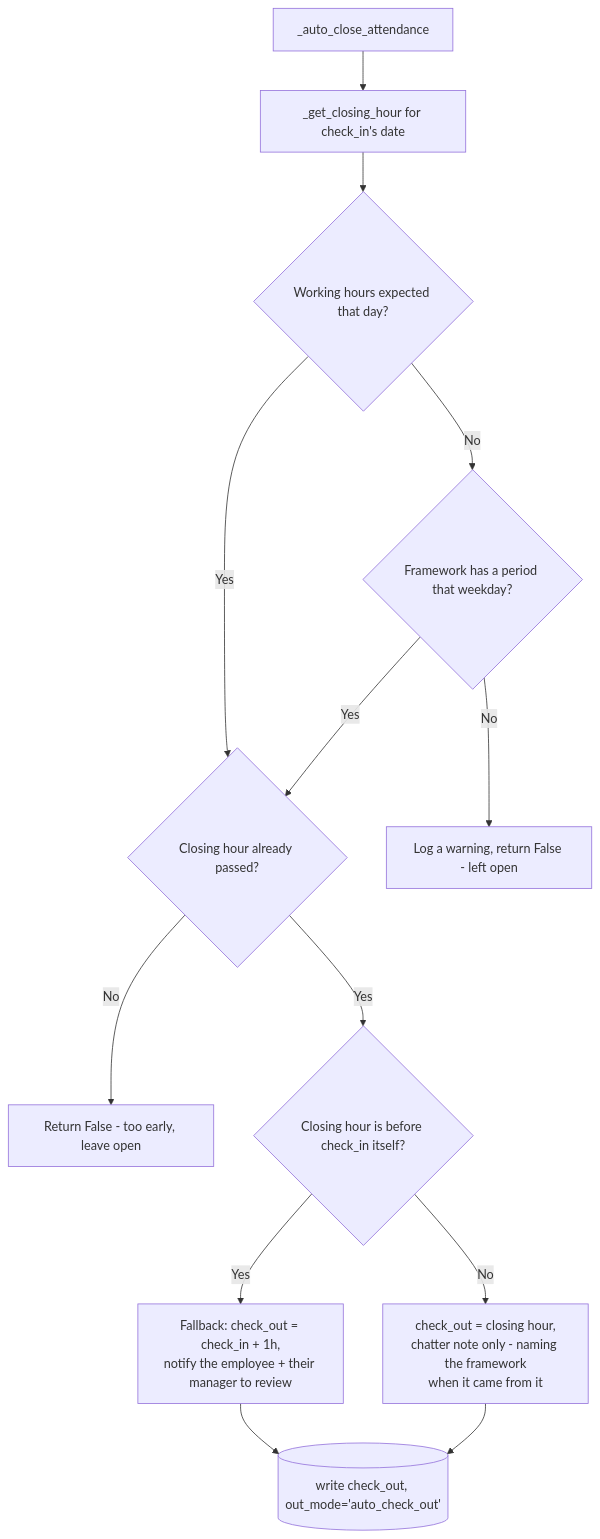
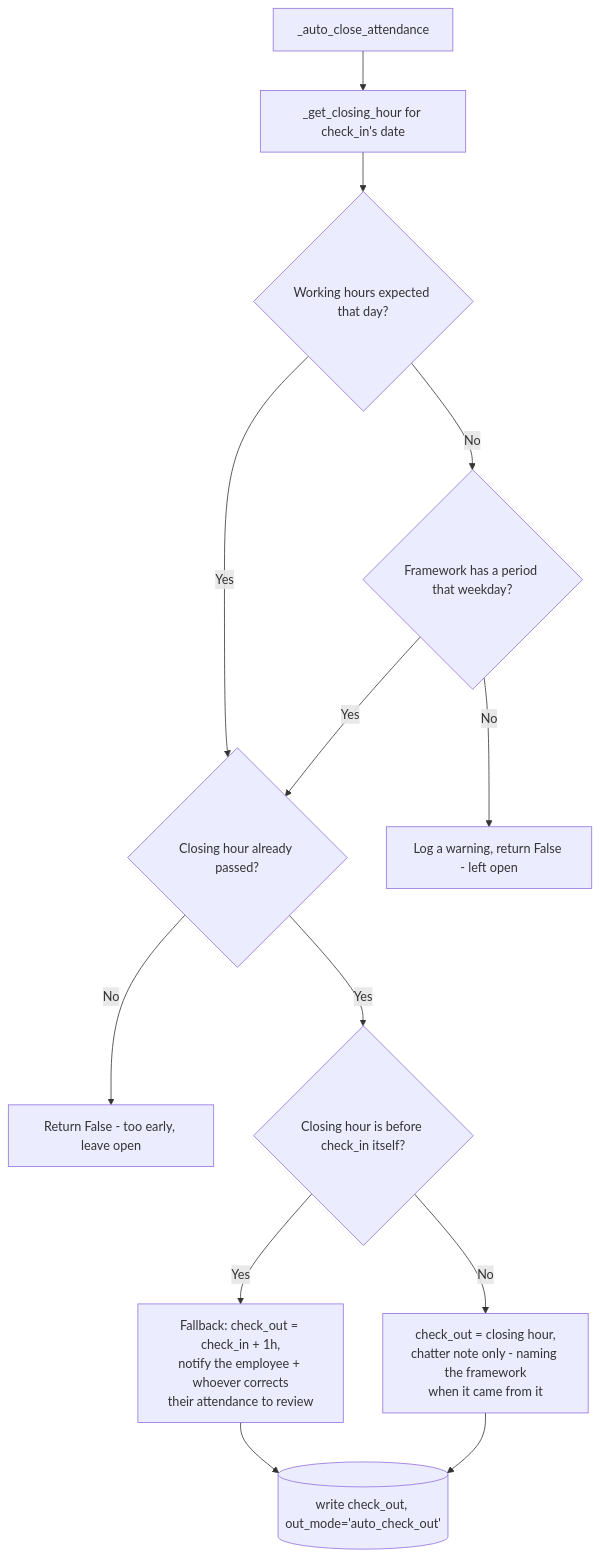
Before and after one commit to ElPuig/EMS: the third of 3 diagrams in docs/en/developers/employees/attendance_autocheckout.md, drawn with Mermaid. The commit also changed other lines of this file and 6 other files, not shown here.

First line of the commit message:
Auto check-out fallback notice: only who can correct the attendance (#648)

````diff
--- a/docs/en/developers/employees/attendance_autocheckout.md
+++ b/docs/en/developers/employees/attendance_autocheckout.md
@@ -61,15 +61,15 @@
 ```mermaid
 flowchart TD
     A[_auto_close_attendance] --> B[_get_closing_hour for check_in's date]
     B --> C{Working hours expected that day?}
     C -- Yes --> E{Closing hour already passed?}
     C -- No --> K{Framework has a period that weekday?}
     K -- No --> D[Log a warning, return False - left open]
     K -- Yes --> E
     E -- No --> F[Return False - too early, leave open]
     E -- Yes --> G{Closing hour is before check_in itself?}
-    G -- Yes --> H[Fallback: check_out = check_in + 1h,<br/>notify the employee + their manager to review]
+    G -- Yes --> H[Fallback: check_out = check_in + 1h,<br/>notify the employee + whoever corrects<br/>their attendance to review]
     G -- No --> I[check_out = closing hour,<br/>chatter note only - naming the framework<br/>when it came from it]
     H --> J[(write check_out, out_mode='auto_check_out')]
     I --> J
 ```
````
